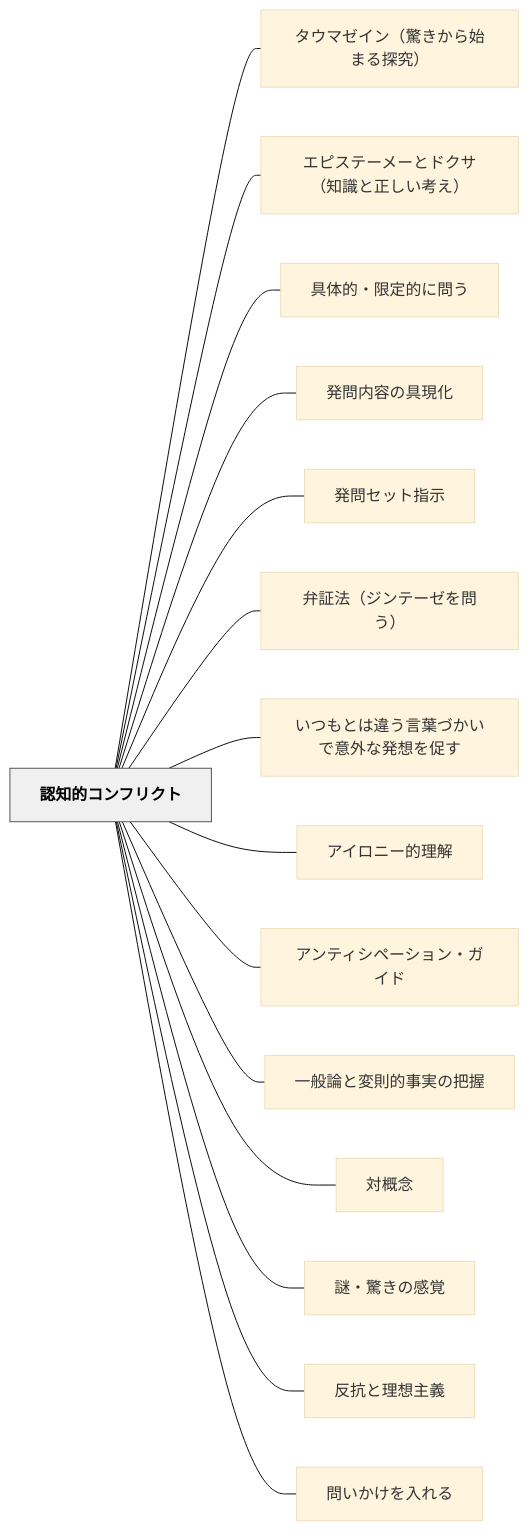
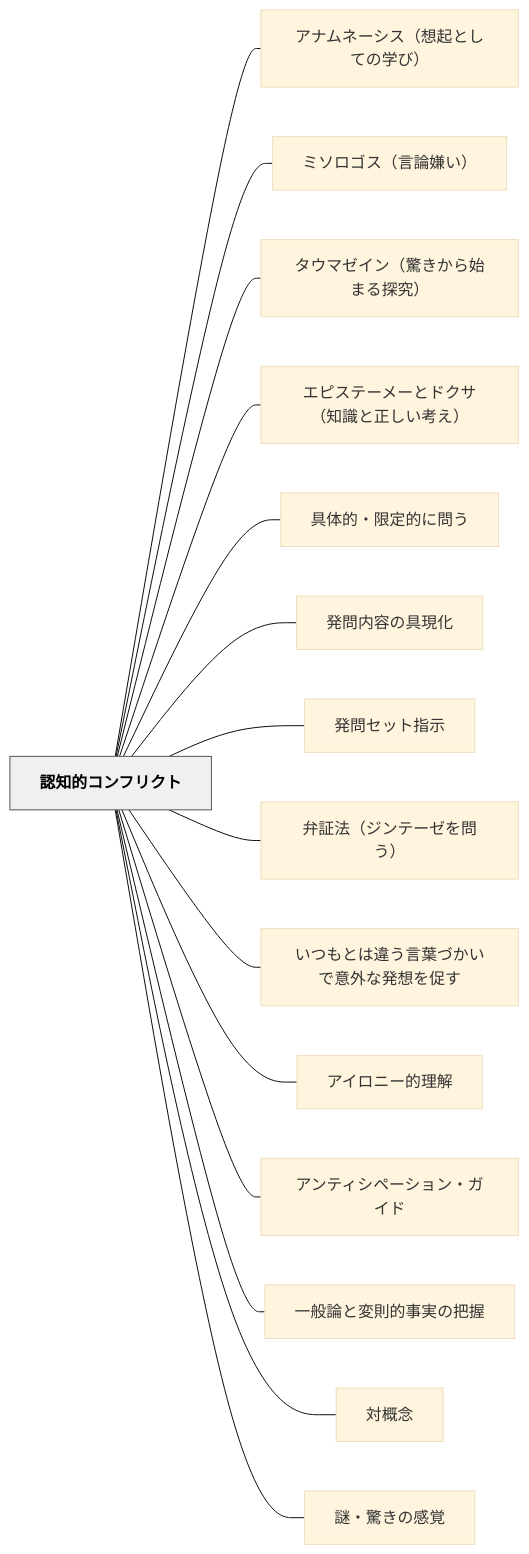
One commit to unknownthings-ed-patterns/unknownthings-ed-patterns changed the diagram in content/パタン/認知的コンフリクト.md. Above: the diagram before and after it, drawn with Mermaid (base theme). The commit also changed other lines of this file and 18 other files, not shown here.

````diff
--- a/content/パタン/認知的コンフリクト.md
+++ b/content/パタン/認知的コンフリクト.md
@@ -82,36 +82,36 @@
 ```mermaid
 flowchart LR
     ne8aa8de79fa5e79a84e382b3e383b3e38395e383aae382afe38388["認知的コンフリクト"]
+    ne382a2e3838ae383a0e3838de383bce382b7e382b9efbc88e683b3e8b5b7e381a8e38197e381a6e381aee5ada6e381b3efbc89["アナムネーシス（想起としての学び）"]
+    ne3839fe382bde383ade382b4e382b9efbc88e8a880e8ab96e5ab8ce38184efbc89["ミソロゴス（言論嫌い）"]
     ne382bfe382a6e3839ee382bce382a4e383b3efbc88e9a99ae3818de3818be38289e5a78be381bee3828be68ea2e7a9b6efbc89["タウマゼイン（驚きから始まる探究）"]
     ne382a8e38394e382b9e38386e383bce383a1e383bce381a8e38389e382afe382b5efbc88e79fa5e8ad98e381a8e6ada3e38197e38184e88083e38188efbc89["エピステーメーとドクサ（知識と正しい考え）"]
     ne585b7e4bd93e79a84e383bbe99990e5ae9ae79a84e381abe5958fe38186["具体的・限定的に問う"]
     ne799bae5958fe58685e5aeb9e381aee585b7e78fbee58c96["発問内容の具現化"]
     ne799bae5958fe382bbe38383e38388e68c87e7a4ba["発問セット指示"]
     ne5bc81e8a8bce6b395efbc88e382b8e383b3e38386e383bce382bce38292e5958fe38186efbc89["弁証法（ジンテーゼを問う）"]
     ne38184e381a4e38282e381a8e381afe98195e38186e8a880e89189e381a5e3818be38184e381a7e6848fe5a496e381aae799bae683b3e38292e4bf83e38199["いつもとは違う言葉づかいで意外な発想を促す"]
     ne382a2e382a4e383ade3838be383bce79a84e79086e8a7a3["アイロニー的理解"]
     ne382a2e383b3e38386e382a3e382b7e3839ae383bce382b7e383a7e383b3e383bbe382ace382a4e38389["アンティシペーション・ガイド"]
     ne4b880e888ace8ab96e381a8e5a489e58987e79a84e4ba8be5ae9fe381aee68a8ae68fa1["一般論と変則的事実の把握"]
     ne5afbee6a682e5bfb5["対概念"]
     ne8ac8ee383bbe9a99ae3818de381aee6849fe8a69a["謎・驚きの感覚"]
-    ne58f8de68a97e381a8e79086e683b3e4b8bbe7bea9["反抗と理想主義"]
-    ne5958fe38184e3818be38191e38292e585a5e3828ce3828b["問いかけを入れる"]
 
+    ne8aa8de79fa5e79a84e382b3e383b3e38395e383aae382afe38388 --- ne382a2e3838ae383a0e3838de383bce382b7e382b9efbc88e683b3e8b5b7e381a8e38197e381a6e381aee5ada6e381b3efbc89
+    ne8aa8de79fa5e79a84e382b3e383b3e38395e383aae382afe38388 --- ne3839fe382bde383ade382b4e382b9efbc88e8a880e8ab96e5ab8ce38184efbc89
     ne8aa8de79fa5e79a84e382b3e383b3e38395e383aae382afe38388 --- ne382bfe382a6e3839ee382bce382a4e383b3efbc88e9a99ae3818de3818be38289e5a78be381bee3828be68ea2e7a9b6efbc89
     ne8aa8de79fa5e79a84e382b3e383b3e38395e383aae382afe38388 --- ne382a8e38394e382b9e38386e383bce383a1e383bce381a8e38389e382afe382b5efbc88e79fa5e8ad98e381a8e6ada3e38197e38184e88083e38188efbc89
     ne8aa8de79fa5e79a84e382b3e383b3e38395e383aae382afe38388 --- ne585b7e4bd93e79a84e383bbe99990e5ae9ae79a84e381abe5958fe38186
     ne8aa8de79fa5e79a84e382b3e383b3e38395e383aae382afe38388 --- ne799bae5958fe58685e5aeb9e381aee585b7e78fbee58c96
     ne8aa8de79fa5e79a84e382b3e383b3e38395e383aae382afe38388 --- ne799bae5958fe382bbe38383e38388e68c87e7a4ba
     ne8aa8de79fa5e79a84e382b3e383b3e38395e383aae382afe38388 --- ne5bc81e8a8bce6b395efbc88e382b8e383b3e38386e383bce382bce38292e5958fe38186efbc89
     ne8aa8de79fa5e79a84e382b3e383b3e38395e383aae382afe38388 --- ne38184e381a4e38282e381a8e381afe98195e38186e8a880e89189e381a5e3818be38184e381a7e6848fe5a496e381aae799bae683b3e38292e4bf83e38199
     ne8aa8de79fa5e79a84e382b3e383b3e38395e383aae382afe38388 --- ne382a2e382a4e383ade3838be383bce79a84e79086e8a7a3
     ne8aa8de79fa5e79a84e382b3e383b3e38395e383aae382afe38388 --- ne382a2e383b3e38386e382a3e382b7e3839ae383bce382b7e383a7e383b3e383bbe382ace382a4e38389
     ne8aa8de79fa5e79a84e382b3e383b3e38395e383aae382afe38388 --- ne4b880e888ace8ab96e381a8e5a489e58987e79a84e4ba8be5ae9fe381aee68a8ae68fa1
     ne8aa8de79fa5e79a84e382b3e383b3e38395e383aae382afe38388 --- ne5afbee6a682e5bfb5
     ne8aa8de79fa5e79a84e382b3e383b3e38395e383aae382afe38388 --- ne8ac8ee383bbe9a99ae3818de381aee6849fe8a69a
-    ne8aa8de79fa5e79a84e382b3e383b3e38395e383aae382afe38388 --- ne58f8de68a97e381a8e79086e683b3e4b8bbe7bea9
-    ne8aa8de79fa5e79a84e382b3e383b3e38395e383aae382afe38388 --- ne5958fe38184e3818be38191e38292e585a5e3828ce3828b
 
     classDef hub fill:#f0f0f0,stroke:#555,color:#000,font-weight:bold
     class ne8aa8de79fa5e79a84e382b3e383b3e38395e383aae382afe38388 hub
 ```
````
